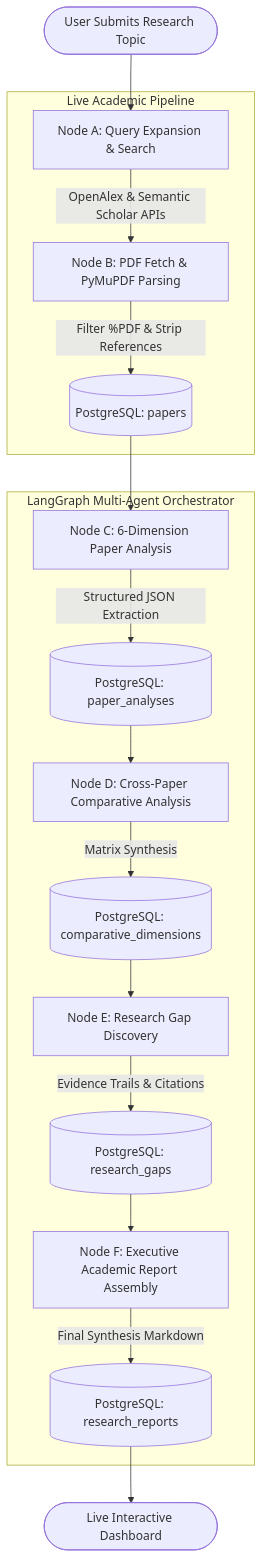
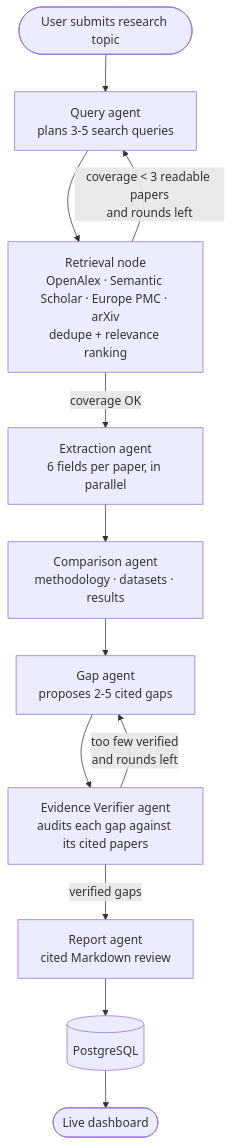
Before and after one commit to shreyans-chowdry/research_mate: the diagram in README.md, drawn with Mermaid. The commit also changed other lines of this file and 9 other files, not shown here.

First line of the commit message:
Add coverage and evidence-verification feedback loops to the agent graph

````diff
--- a/README.md
+++ b/README.md
@@ -40,25 +41,14 @@
 ```mermaid
 flowchart TD
-    Start([User Submits Research Topic]) --> NodeA[Node A: Query Expansion & Search]
-    
-    subgraph Live Academic Pipeline
-        NodeA -->|OpenAlex & Semantic Scholar APIs| NodeB[Node B: PDF Fetch & PyMuPDF Parsing]
-        NodeB -->|Filter %PDF & Strip References| StorePapers[(PostgreSQL: papers)]
-    end
-
-    subgraph LangGraph Multi-Agent Orchestrator
-        StorePapers --> NodeC[Node C: 6-Dimension Paper Analysis]
-        NodeC -->|Structured JSON Extraction| StoreAnalyses[(PostgreSQL: paper_analyses)]
-        
-        StoreAnalyses --> NodeD[Node D: Cross-Paper Comparative Analysis]
-        NodeD -->|Matrix Synthesis| StoreComp[(PostgreSQL: comparative_dimensions)]
-        
-        StoreComp --> NodeE[Node E: Research Gap Discovery]
-        NodeE -->|Evidence Trails & Citations| StoreGaps[(PostgreSQL: research_gaps)]
-        
-        StoreGaps --> NodeF[Node F: Executive Academic Report Assembly]
-        NodeF -->|Final Synthesis Markdown| StoreReport[(PostgreSQL: research_reports)]
-    end
-
-    StoreReport --> Complete([Live Interactive Dashboard])
+    Start([User submits research topic]) --> Q[Query agent<br/>plans 3-5 search queries]
+    Q --> R[Retrieval node<br/>OpenAlex · Semantic Scholar · Europe PMC · arXiv<br/>dedupe + relevance ranking]
+    R -->|coverage &lt; 3 readable papers<br/>and rounds left| Q
+    R -->|coverage OK| X[Extraction agent<br/>6 fields per paper, in parallel]
+    X --> C[Comparison agent<br/>methodology · datasets · results]
+    C --> G[Gap agent<br/>proposes 2-5 cited gaps]
+    G --> V[Evidence Verifier agent<br/>audits each gap against its cited papers]
+    V -->|too few verified<br/>and rounds left| G
+    V -->|verified gaps| P[Report agent<br/>cited Markdown review]
+    P --> DB[(PostgreSQL)]
+    DB --> UI([Live dashboard])
 ```
````
